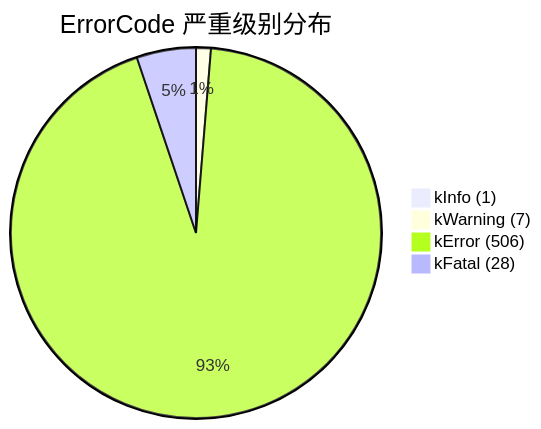
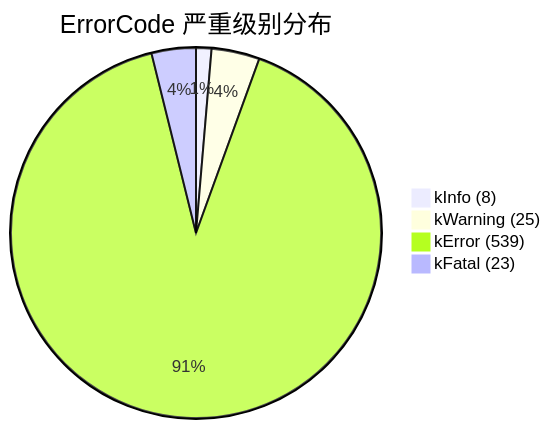
The third of 8 diagrams in docs/DIAGNOSTICS_ERROR_SYSTEM_CN.md (HyacinthHaru/openppp2), drawn with Mermaid before and after one commit. The commit also changed other lines of this file and 61 other files, not shown here.

````diff
--- a/docs/DIAGNOSTICS_ERROR_SYSTEM_CN.md
+++ b/docs/DIAGNOSTICS_ERROR_SYSTEM_CN.md
@@ -214,7 +213,7 @@
 ```mermaid
 pie title ErrorCode 严重级别分布
-    "kInfo (1)" : 1
-    "kWarning (7)" : 7
-    "kError (506)" : 506
-    "kFatal (28)" : 28
+    "kInfo (8)" : 8
+    "kWarning (25)" : 25
+    "kError (539)" : 539
+    "kFatal (23)" : 23
 ```
````
